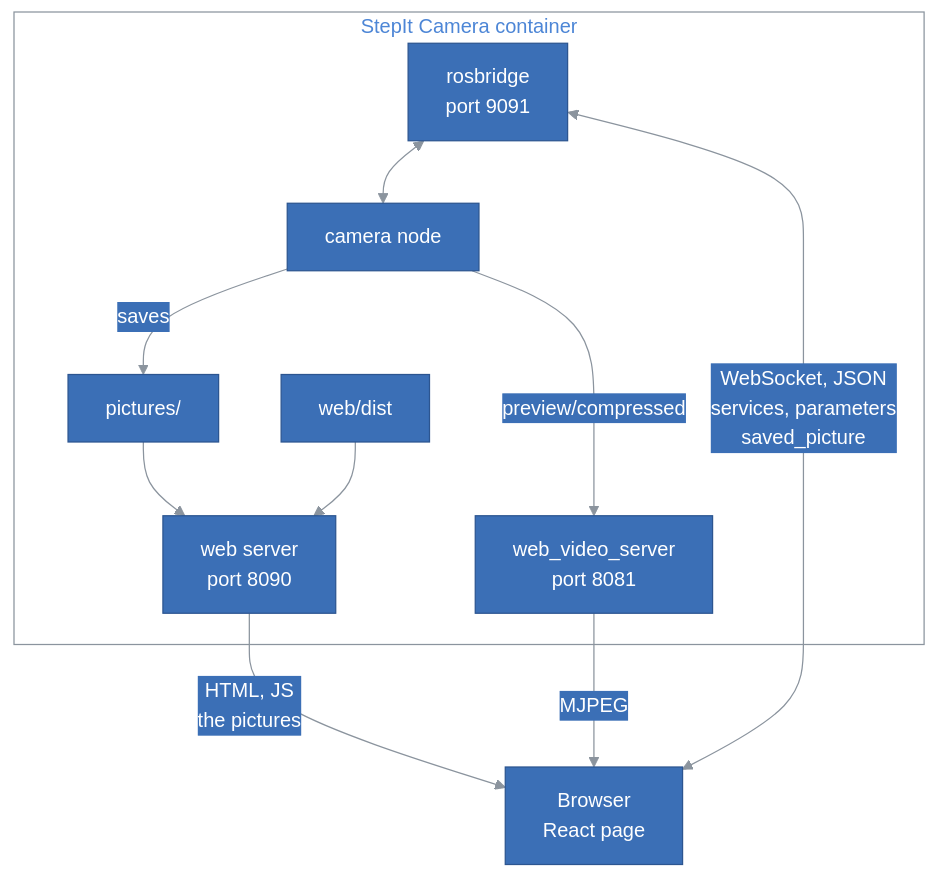
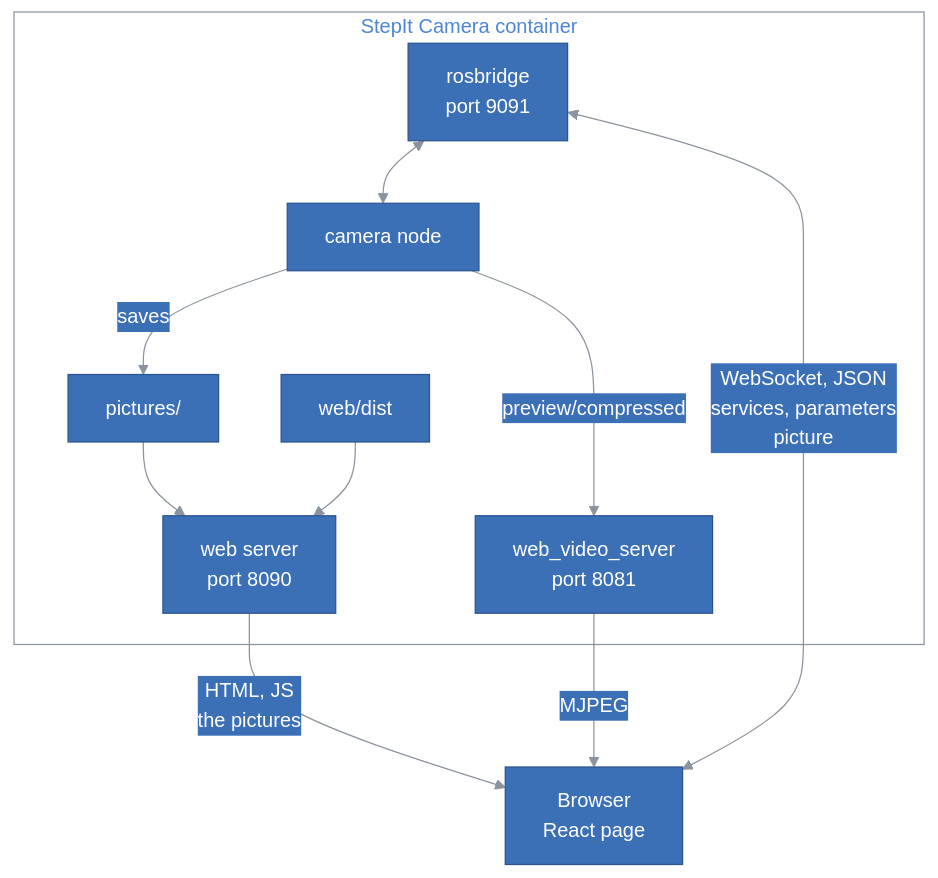
The first of 2 diagrams in docs/WEB_PAGE.md (kineticsystem/stepit-camera), drawn with Mermaid before and after one commit. The commit also changed other lines of this file and 11 other files, not shown here.

````diff
--- a/docs/WEB_PAGE.md
+++ b/docs/WEB_PAGE.md
@@ -28,45 +28,45 @@
 ```mermaid
 ---
 config:
   theme: base
   themeVariables:
     primaryColor: "#3b6fb6"
     primaryTextColor: "#ffffff"
     primaryBorderColor: "#2c5590"
     lineColor: "#8b949e"
     textColor: "#4d86d6"
     actorBkg: "#3b6fb6"
     actorBorder: "#2c5590"
     actorTextColor: "#ffffff"
     actorLineColor: "#8b949e"
     signalColor: "#8b949e"
     signalTextColor: "#4d86d6"
     noteBkgColor: "#3b6fb6"
     noteTextColor: "#ffffff"
     noteBorderColor: "#2c5590"
     secondaryColor: "#3b6fb6"
     tertiaryColor: "#3b6fb6"
     clusterBkg: "transparent"
     clusterBorder: "#8b949e"
     titleColor: "#4d86d6"
     edgeLabelBackground: "#3b6fb6"
     classText: "#ffffff"
     labelBoxBkgColor: "#3b6fb6"
     labelBoxBorderColor: "#2c5590"
     labelTextColor: "#ffffff"
     loopTextColor: "#4d86d6"
 ---
 flowchart TB
     subgraph Container["StepIt Camera container"]
         Node["camera node"] -- "saves" --> Folder["pictures/"]
         Node -- "preview/compressed" --> Video["web_video_server<br/>port 8081"]
         Bridge["rosbridge<br/>port 9091"] <--> Node
         Folder --> Web["web server<br/>port 8090"]
         Dist["web/dist"] --> Web
     end
     Web -- "HTML, JS<br/>the pictures" --> Browser["Browser<br/>React page"]
-    Bridge <-- "WebSocket, JSON<br/>services, parameters<br/>saved_picture" --> Browser
+    Bridge <-- "WebSocket, JSON<br/>services, parameters<br/>picture" --> Browser
     Video -- "MJPEG" --> Browser
 
     classDef default fill:#3b6fb6,stroke:#2c5590,color:#ffffff
 ```
````
